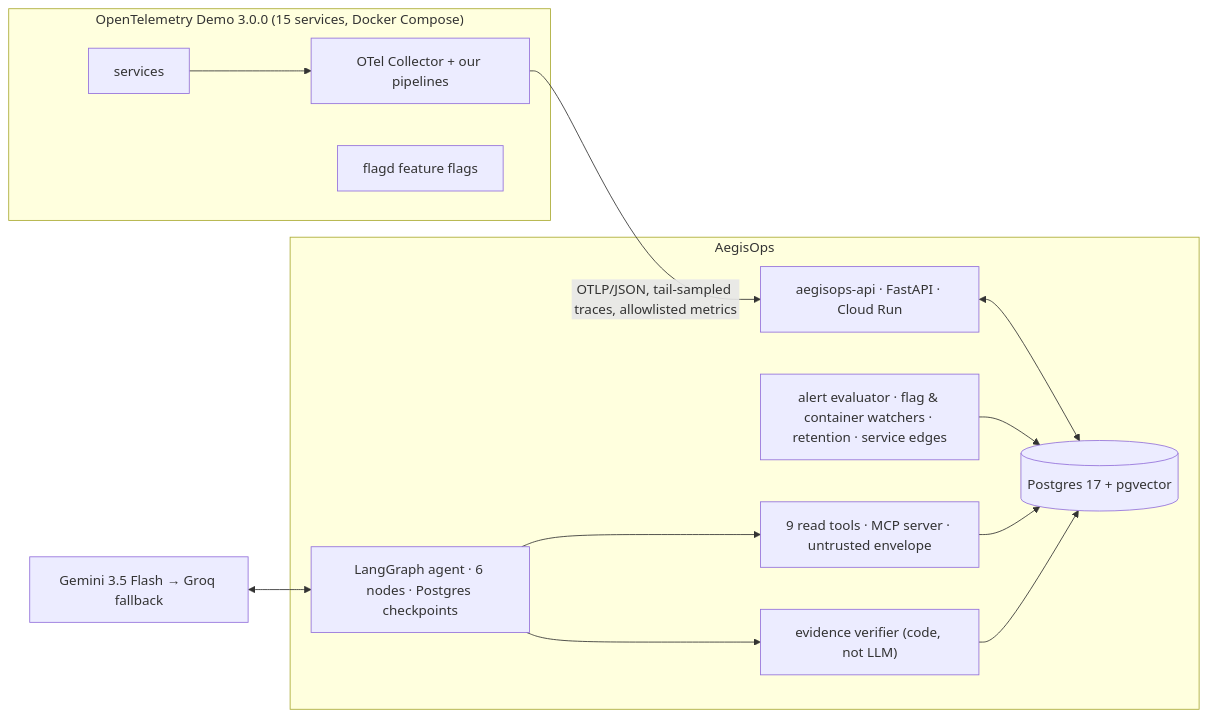
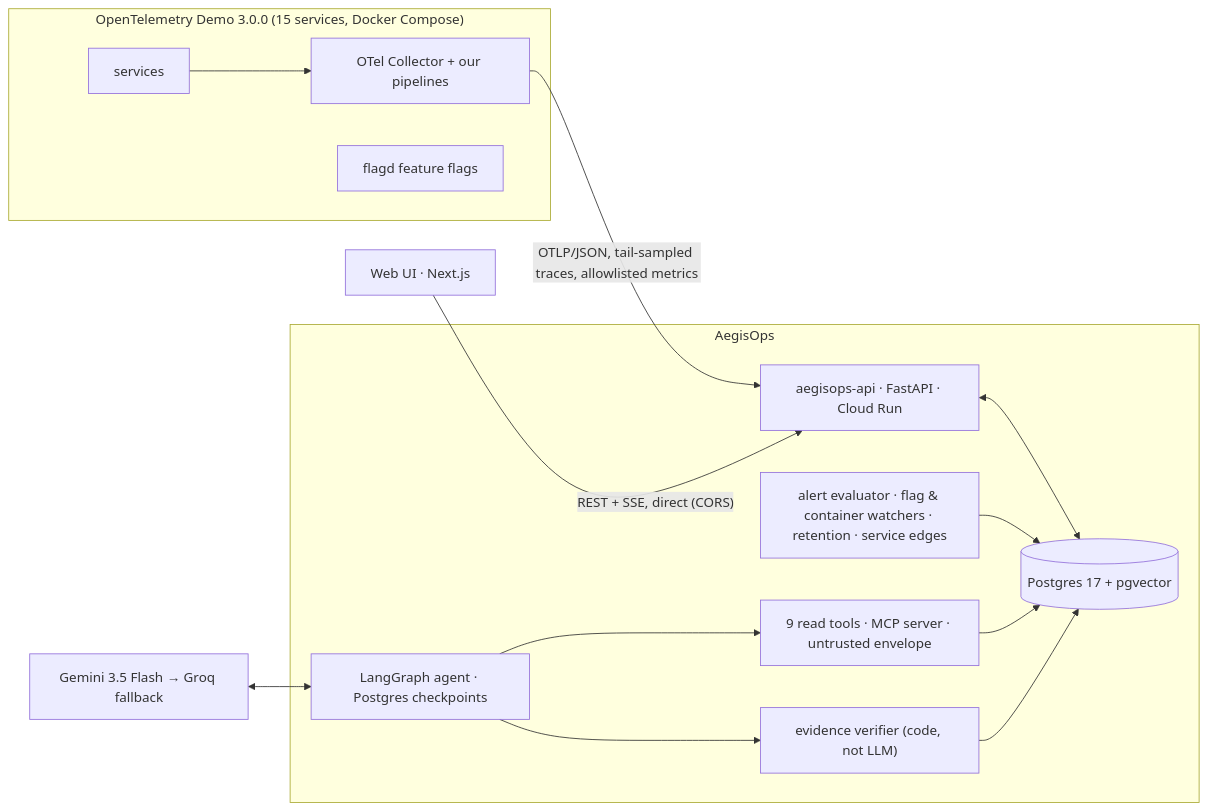
Before and after one commit to AnushreeKasturi/aegisops: the diagram in README.md, drawn with Mermaid. The commit also changed other lines of this file and 54 other files, not shown here.

````diff
--- a/README.md
+++ b/README.md
@@ -26,21 +27,22 @@
 ```mermaid
 flowchart LR
   subgraph Target["OpenTelemetry Demo 3.0.0 (15 services, Docker Compose)"]
     SVC[services] --> COL[OTel Collector + our pipelines]
     FLAGD[flagd feature flags]
   end
   COL -- "OTLP/JSON, tail-sampled traces, allowlisted metrics" --> API
   subgraph Aegis["AegisOps"]
     API["aegisops-api · FastAPI · Cloud Run"]
     DB[("Postgres 17 + pgvector")]
     JOBS["alert evaluator · flag & container watchers · retention · service edges"]
-    AGENT["LangGraph agent · 6 nodes · Postgres checkpoints"]
+    AGENT["LangGraph agent · Postgres checkpoints"]
     TOOLS["9 read tools · MCP server · untrusted envelope"]
     VER["evidence verifier (code, not LLM)"]
     API <--> DB
     JOBS --> DB
     AGENT --> TOOLS --> DB
     AGENT --> VER --> DB
   end
   LLM["Gemini 3.5 Flash → Groq fallback"] <--> AGENT
+  WEB["Web UI · Next.js"] -- "REST + SSE, direct (CORS)" --> API
 ```
````
